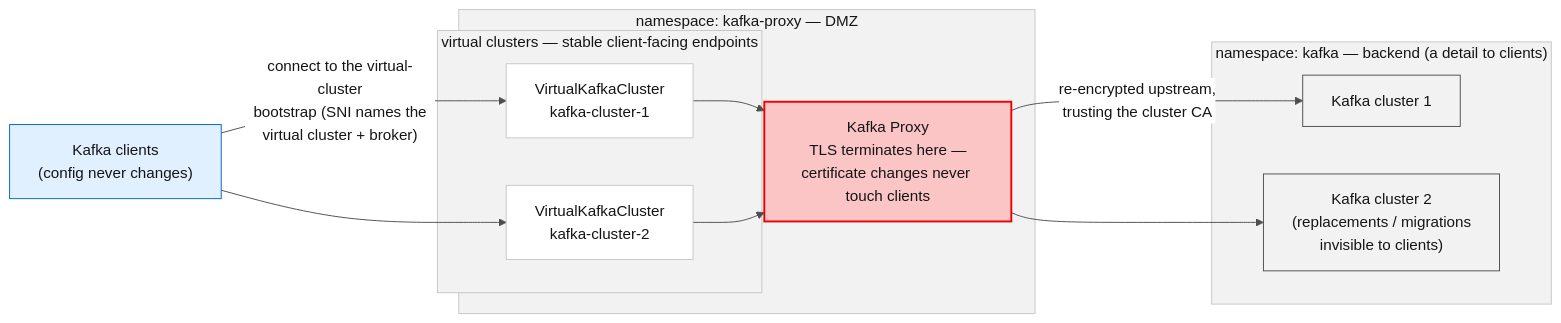
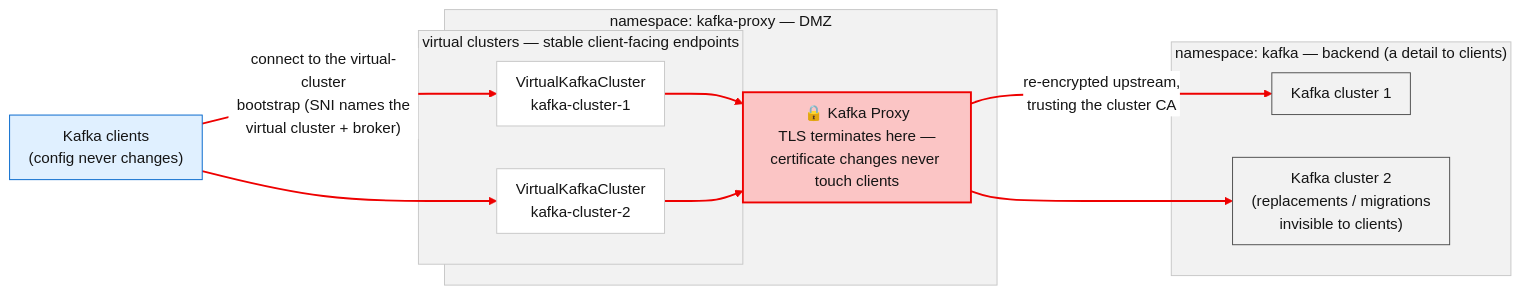
The third of 10 diagrams in README.md (jcordes73/kafka-proxy-use-cases), drawn with Mermaid before and after one commit. The commit also changed other lines of this file and 11 other files, not shown here.

````diff
--- a/README.md
+++ b/README.md
@@ -152,27 +167,30 @@
 ```mermaid
-%%{init: {"theme":"base","themeVariables":{"fontFamily":"Red Hat Text, Red Hat Display, sans-serif","primaryColor":"#FFFFFF","primaryTextColor":"#151515","primaryBorderColor":"#C7C7C7","lineColor":"#4D4D4D","secondaryColor":"#F2F2F2","tertiaryColor":"#F2F2F2","clusterBkg":"#F2F2F2","clusterBorder":"#C7C7C7","edgeLabelBackground":"#FFFFFF","titleColor":"#151515"},"sequence":{"messageMargin":12,"noteMargin":5,"boxMargin":5,"boxTextMargin":3,"bottomMarginAdj":1,"mirrorActors":false}}}%%
+%%{init: {"theme":"base","themeVariables":{"fontFamily":"Red Hat Text, Red Hat Display, sans-serif","primaryColor":"#FFFFFF","primaryTextColor":"#151515","primaryBorderColor":"#C7C7C7","lineColor":"#4D4D4D","secondaryColor":"#F2F2F2","tertiaryColor":"#F2F2F2","clusterBkg":"#F2F2F2","clusterBorder":"#C7C7C7","edgeLabelBackground":"#FFFFFF","titleColor":"#151515"},"flowchart":{"curve":"basis","nodeSpacing":45,"rankSpacing":55,"padding":10}}}%%
 flowchart LR
     C["Kafka clients<br/>(config never changes)"]
     subgraph proxyNs["namespace: kafka-proxy — DMZ"]
         subgraph vc["virtual clusters — stable client-facing endpoints"]
             VA["VirtualKafkaCluster<br/>kafka-cluster-1"]
             VB["VirtualKafkaCluster<br/>kafka-cluster-2"]
         end
-        P["Kafka Proxy<br/>TLS terminates here —<br/>certificate changes never touch clients"]
+        P["🔒 Kafka Proxy<br/>TLS terminates here —<br/>certificate changes never touch clients"]
     end
     subgraph kafkaNs["namespace: kafka — backend (a detail to clients)"]
         B1["Kafka cluster 1"]
         B2["Kafka cluster 2<br/>(replacements / migrations<br/>invisible to clients)"]
     end
     C -- "connect to the virtual-cluster<br/>bootstrap (SNI names the<br/>virtual cluster + broker)" --> VA
     C --> VB
     VA --> P
     VB --> P
     P -- "re-encrypted upstream,<br/>trusting the cluster CA" --> B1
     P --> B2
 
-    style P fill:#FBC5C5,stroke:#EE0000,stroke-width:2px
-    style C fill:#E0F0FF,stroke:#0066CC
-    style B1 fill:#F2F2F2,stroke:#4D4D4D
-    style B2 fill:#F2F2F2,stroke:#4D4D4D
+classDef red fill:#FBC5C5,stroke:#EE0000,stroke-width:2px
+classDef blue fill:#E0F0FF,stroke:#0066CC
+classDef gray fill:#F2F2F2,stroke:#4D4D4D
+class P red
+class C blue
+class B1,B2 gray
+linkStyle 0,1,2,3,4,5 stroke:#EE0000,stroke-width:2px
 ```
````
